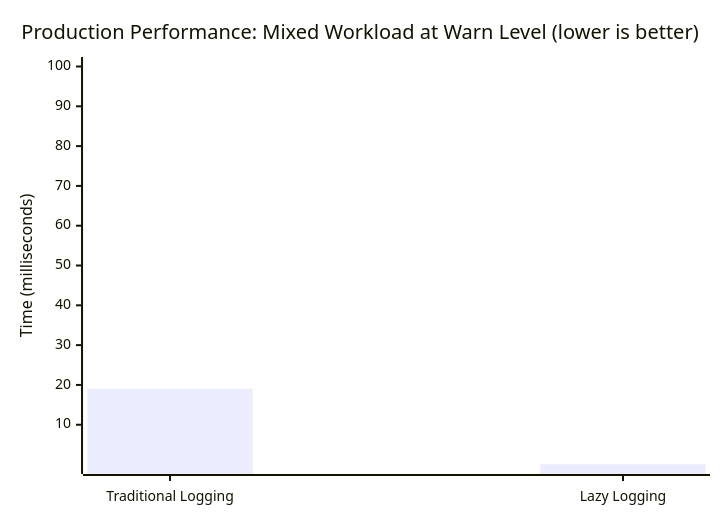
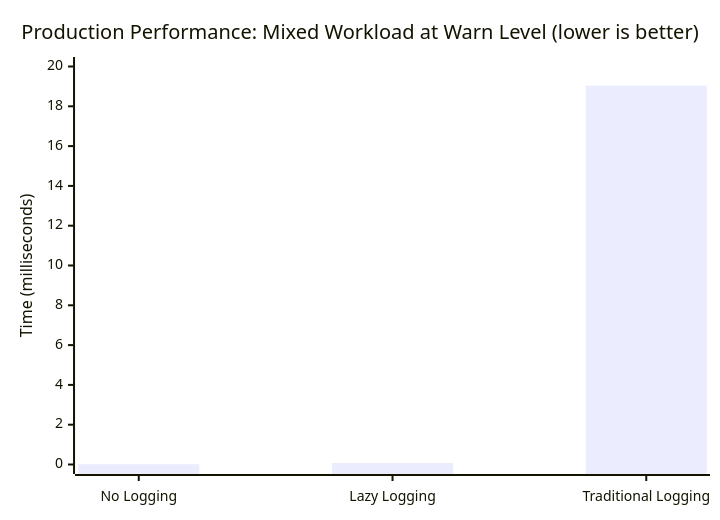
Before and after one commit to link-foundation/log-lazy: the diagram in README.md, drawn with Mermaid. The commit also changed other lines of this file, not shown here.

Commit message:
docs: update performance chart in README for clarity and accuracy in logging comparisons

````diff
--- a/README.md
+++ b/README.md
@@ -721,13 +721,13 @@
 ```mermaid
 ---
 config:
   themeVariables:
     xyChart:
       backgroundColor: "transparent"
 ---
 xychart-beta
     title "Production Performance: Mixed Workload at Warn Level (lower is better)"
-    x-axis ["Traditional Logging", "Lazy Logging"]
-    y-axis "Time (milliseconds)" 0.01 --> 100
-    bar [19.04, 0.08]
+    x-axis ["No Logging", "Lazy Logging", "Traditional Logging"]
+    y-axis "Time (milliseconds)" 0 --> 20
+    bar [0.017, 0.08, 19.04]
 ```
````
